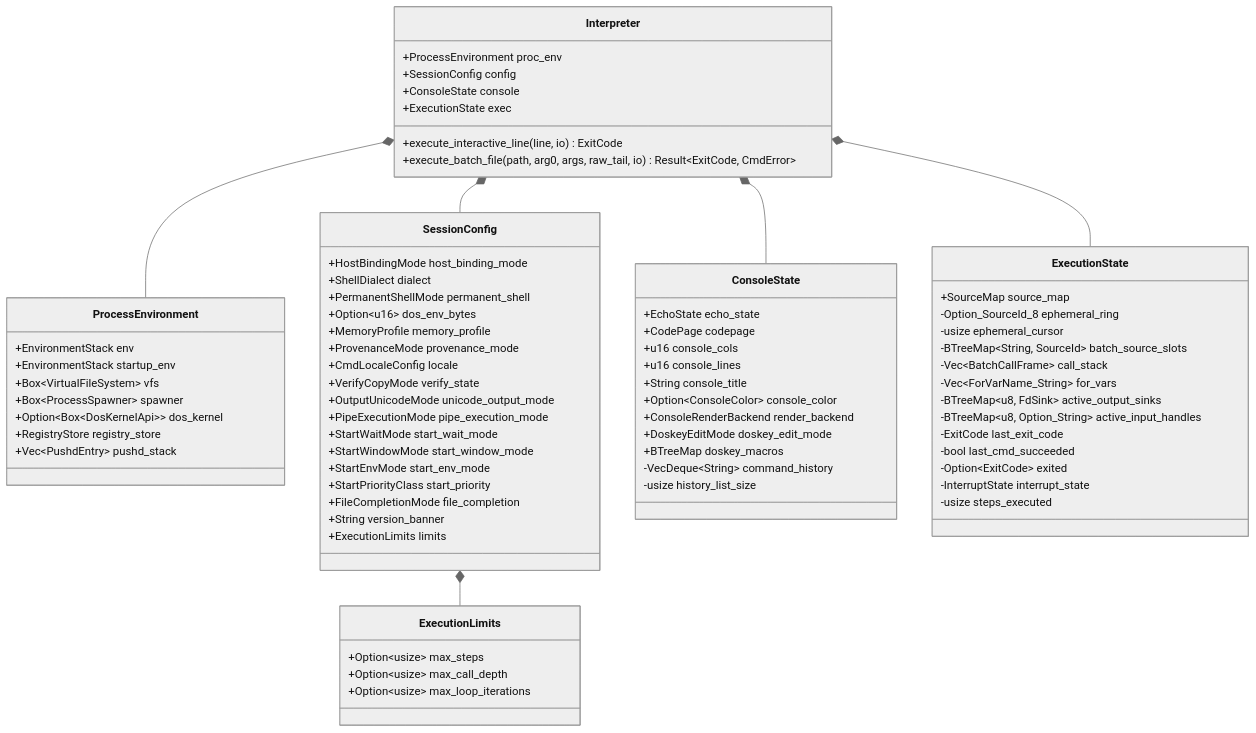
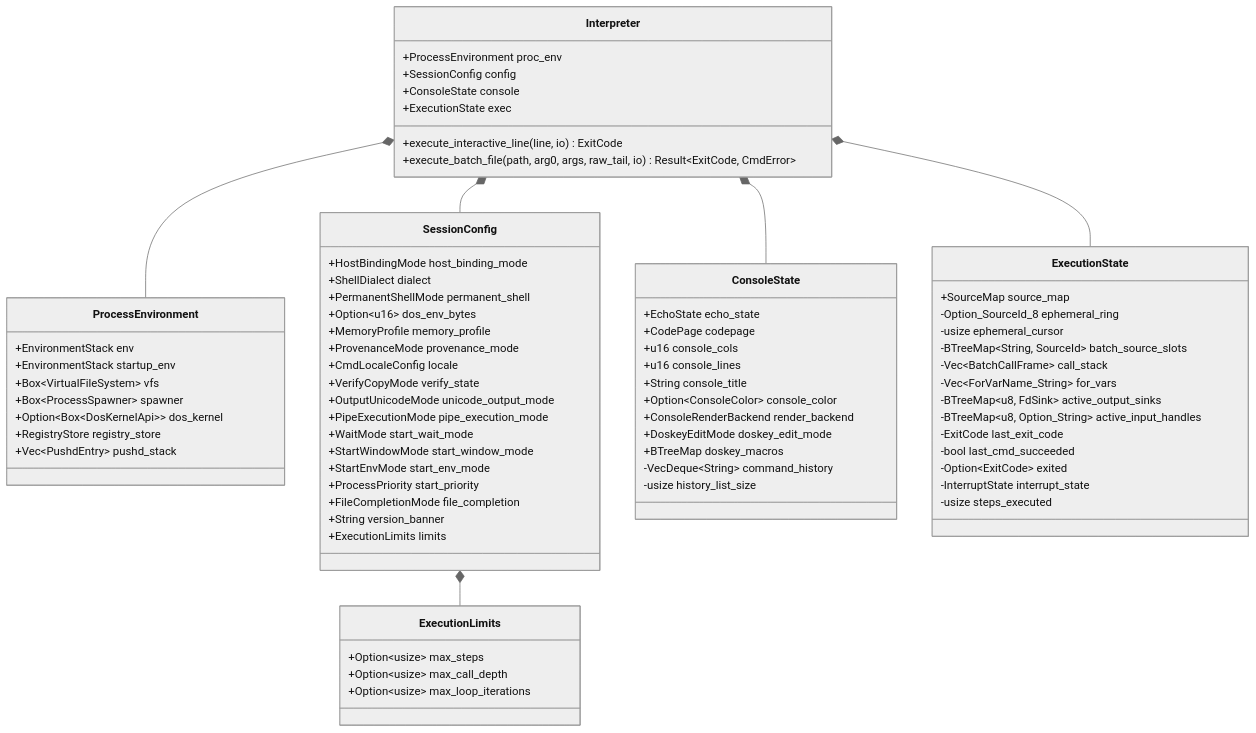
Before and after one commit to SamuelMarks/win-cmd-rs: the eighth of 15 diagrams in ARCHITECTURE.md, drawn with Mermaid (neutral theme). The commit also changed other lines of this file and 5 other files, not shown here.

````diff
--- a/ARCHITECTURE.md
+++ b/ARCHITECTURE.md
@@ -354,78 +354,78 @@
 ```mermaid
 classDiagram
     class Interpreter {
         +ProcessEnvironment proc_env
         +SessionConfig config
         +ConsoleState console
         +ExecutionState exec
         +execute_interactive_line(line, io) ExitCode
         +execute_batch_file(path, arg0, args, raw_tail, io) Result~ExitCode, CmdError~
     }
     class ProcessEnvironment {
         +EnvironmentStack env
         +EnvironmentStack startup_env
         +Box~VirtualFileSystem~ vfs
         +Box~ProcessSpawner~ spawner
         +Option~Box~DosKernelApi~~ dos_kernel
         +RegistryStore registry_store
         +Vec~PushdEntry~ pushd_stack
     }
     class SessionConfig {
         +HostBindingMode host_binding_mode
         +ShellDialect dialect
         +PermanentShellMode permanent_shell
         +Option~u16~ dos_env_bytes
         +MemoryProfile memory_profile
         +ProvenanceMode provenance_mode
         +CmdLocaleConfig locale
         +VerifyCopyMode verify_state
         +OutputUnicodeMode unicode_output_mode
         +PipeExecutionMode pipe_execution_mode
-        +StartWaitMode start_wait_mode
+        +WaitMode start_wait_mode
         +StartWindowMode start_window_mode
         +StartEnvMode start_env_mode
-        +StartPriorityClass start_priority
+        +ProcessPriority start_priority
         +FileCompletionMode file_completion
         +String version_banner
         +ExecutionLimits limits
     }
     class ConsoleState {
         +EchoState echo_state
         +CodePage codepage
         +u16 console_cols
         +u16 console_lines
         +String console_title
         +Option~ConsoleColor~ console_color
         +ConsoleRenderBackend render_backend
         +DoskeyEditMode doskey_edit_mode
         +BTreeMap doskey_macros
         -VecDeque~String~ command_history
         -usize history_list_size
     }
     class ExecutionState {
         +SourceMap source_map
         -Option_SourceId_8 ephemeral_ring
         -usize ephemeral_cursor
         -BTreeMap~String, SourceId~ batch_source_slots
         -Vec~BatchCallFrame~ call_stack
         -Vec~ForVarName_String~ for_vars
         -BTreeMap~u8, FdSink~ active_output_sinks
         -BTreeMap~u8, Option_String~ active_input_handles
         -ExitCode last_exit_code
         -bool last_cmd_succeeded
         -Option~ExitCode~ exited
         -InterruptState interrupt_state
         -usize steps_executed
     }
     class ExecutionLimits {
         +Option~usize~ max_steps
         +Option~usize~ max_call_depth
         +Option~usize~ max_loop_iterations
     }
 
     Interpreter *-- ProcessEnvironment
     Interpreter *-- SessionConfig
     Interpreter *-- ConsoleState
     Interpreter *-- ExecutionState
     SessionConfig *-- ExecutionLimits
 ```
````
